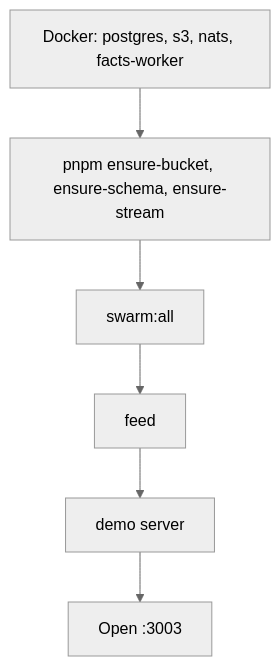
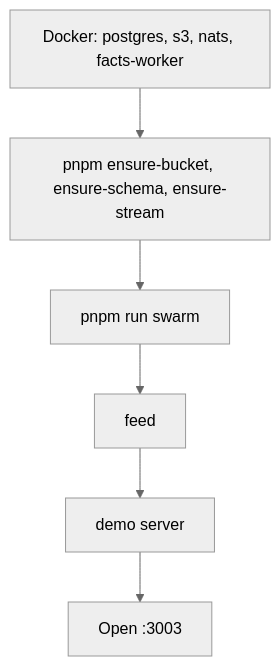
The first of 2 diagrams in docs/demo.md (DealExMachina/open-governed-swarm-of-agents), drawn with Mermaid (neutral theme) before and after one commit. The commit also changed other lines of this file and 33 other files, not shown here.

````diff
--- a/docs/demo.md
+++ b/docs/demo.md
@@ -30,8 +30,8 @@
 ```mermaid
 flowchart TD
   A[Docker: postgres, s3, nats, facts-worker] --> B[pnpm ensure-bucket, ensure-schema, ensure-stream]
-  B --> C[swarm:all]
+  B --> C[pnpm run swarm]
   C --> D[feed]
   D --> E[demo server]
   E --> F[Open :3003]
 ```
````
